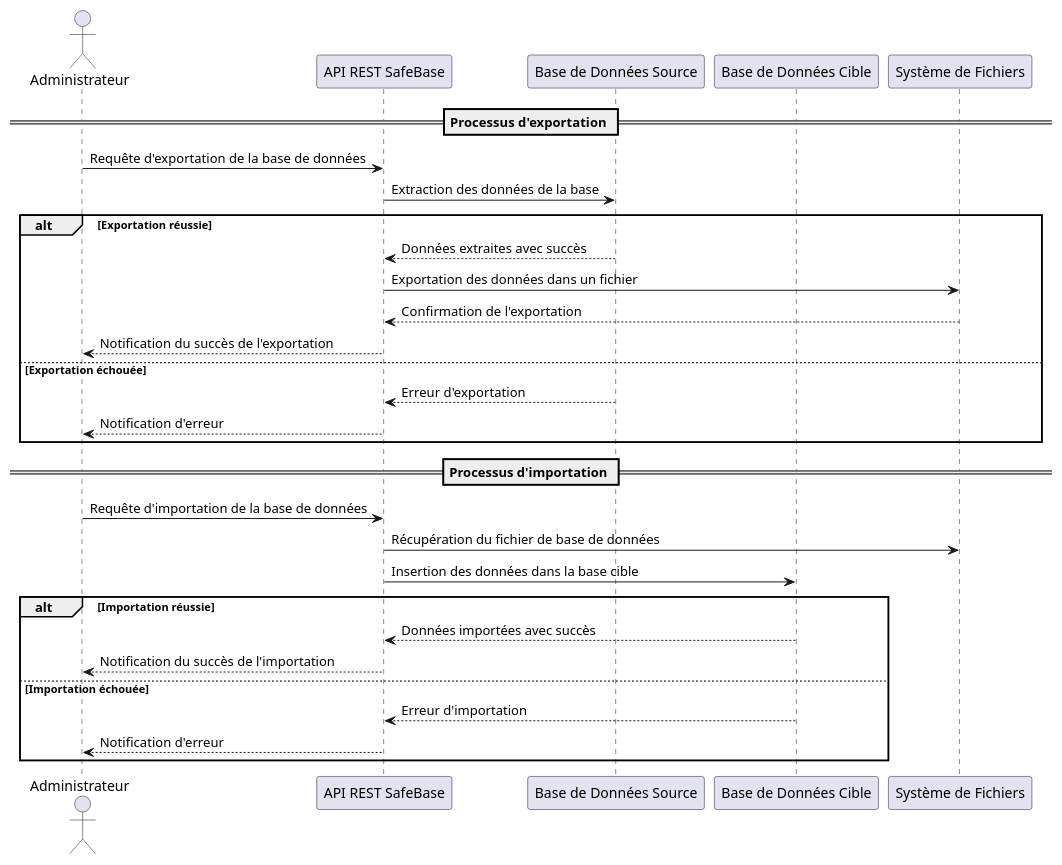
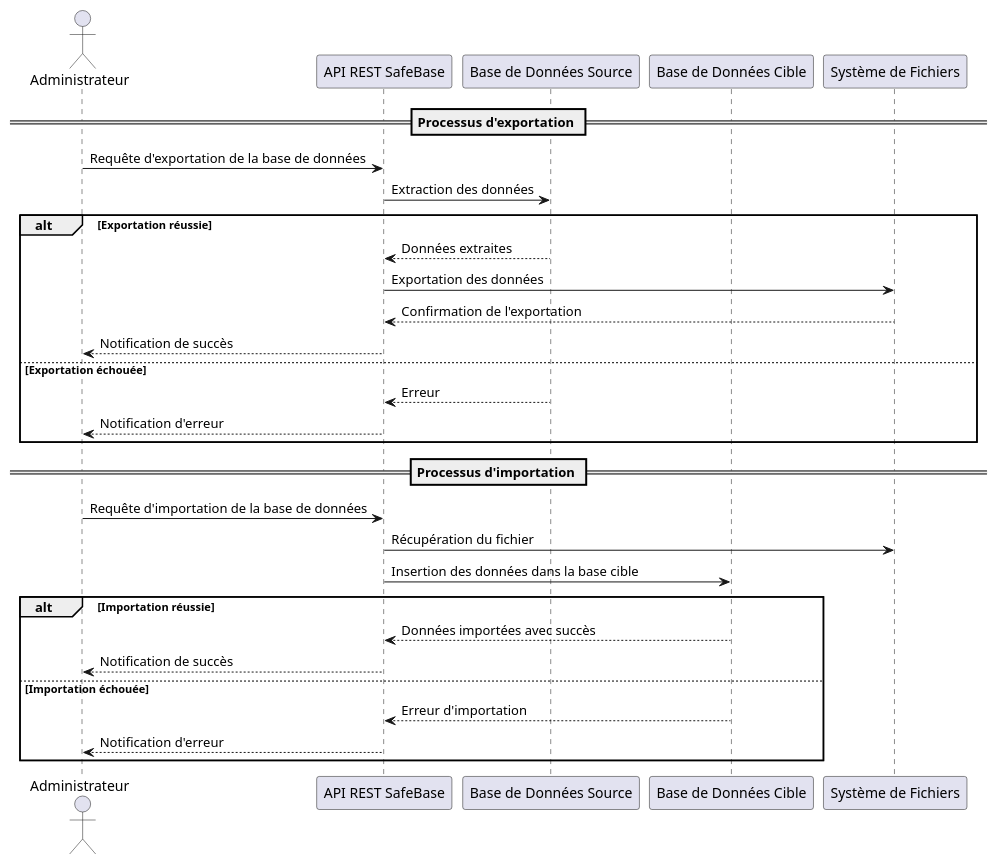
Before and after one commit to benoit-bremaud/plateforme-safebase: the tenth of 12 diagrams in docs/uml/diagramme_sequence.md, drawn with PlantUML. The commit also changed other lines of this file, not shown here.

First line of the commit message:
docs(diagram-sequence): synthesize and finalize UML sequence diagrams

````diff
--- a/docs/uml/diagramme_sequence.md
+++ b/docs/uml/diagramme_sequence.md
@@ -702,34 +493,34 @@
 ```plantuml
 @startuml
 actor "Administrateur" as Admin
 participant "API REST SafeBase" as API
 participant "Base de Données Source" as SourceDB
 participant "Base de Données Cible" as TargetDB
 participant "Système de Fichiers" as FS
 
 == Processus d'exportation ==
 Admin -> API : Requête d'exportation de la base de données
-API -> SourceDB : Extraction des données de la base
+API -> SourceDB : Extraction des données
 alt Exportation réussie
-    SourceDB --> API : Données extraites avec succès
-    API -> FS : Exportation des données dans un fichier
+    SourceDB --> API : Données extraites
+    API -> FS : Exportation des données
     FS --> API : Confirmation de l'exportation
-    API --> Admin : Notification du succès de l'exportation
+    API --> Admin : Notification de succès
 else Exportation échouée
-    SourceDB --> API : Erreur d'exportation
+    SourceDB --> API : Erreur
     API --> Admin : Notification d'erreur
 end alt
 
 == Processus d'importation ==
 Admin -> API : Requête d'importation de la base de données
-API -> FS : Récupération du fichier de base de données
+API -> FS : Récupération du fichier
 API -> TargetDB : Insertion des données dans la base cible
 alt Importation réussie
     TargetDB --> API : Données importées avec succès
-    API --> Admin : Notification du succès de l'importation
+    API --> Admin : Notification de succès
 else Importation échouée
     TargetDB --> API : Erreur d'importation
     API --> Admin : Notification d'erreur
 end alt
 @enduml
 ```
````
